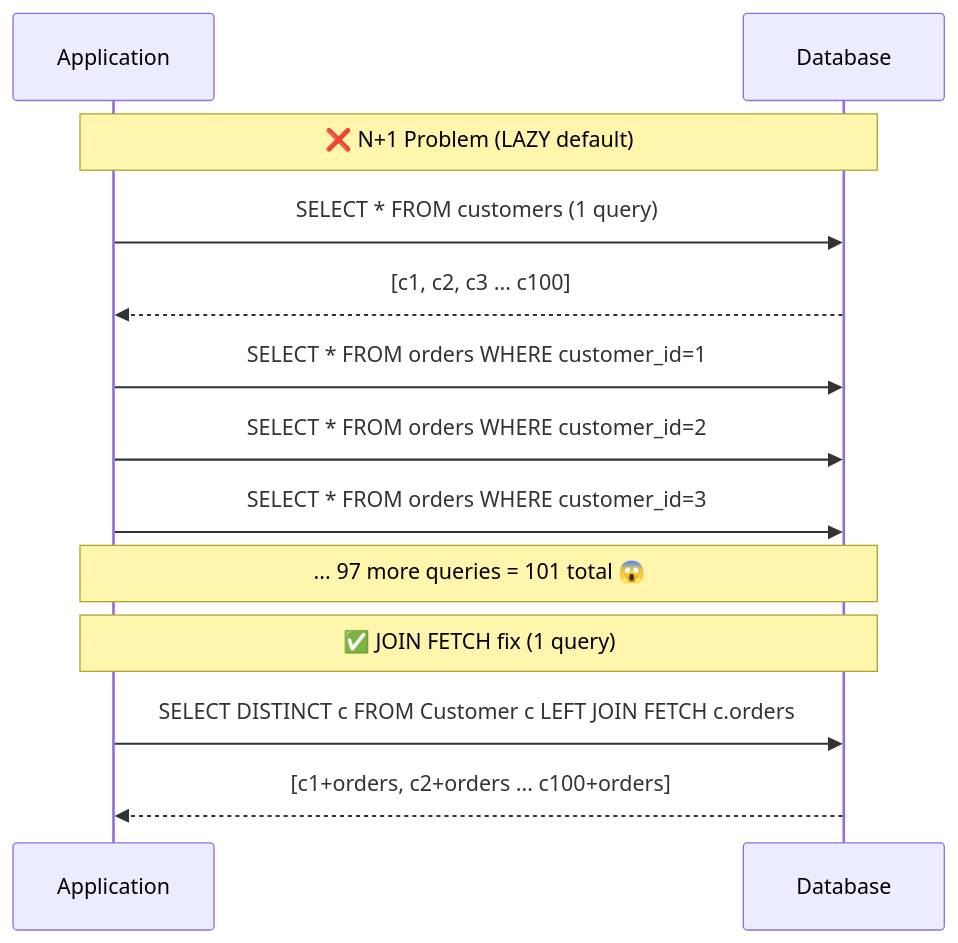
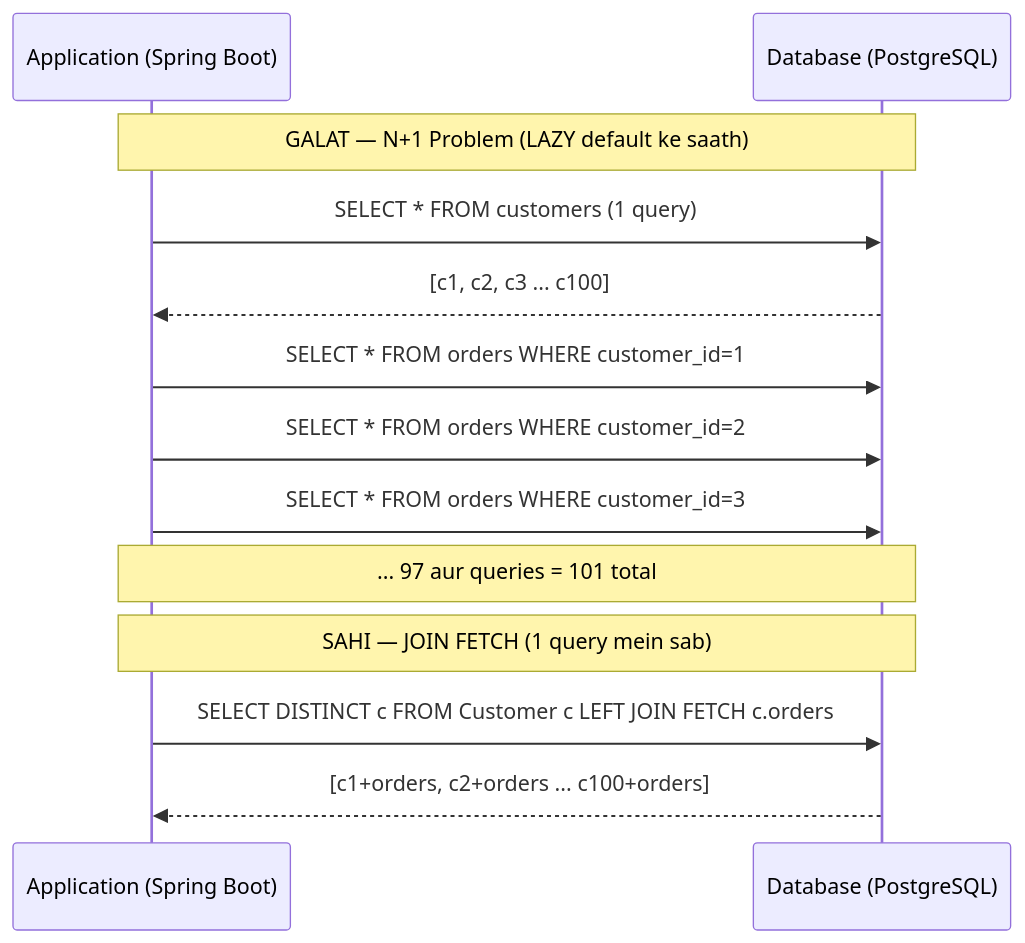
The diagram in springboot/07-Data-JPA/06-N-Plus-One-and-Fetching.md (Siddesh-Pansare93/dev-notes), drawn with Mermaid before and after one commit. The commit also changed other lines of this file and 248 other files, not shown here.

````diff
--- a/springboot/07-Data-JPA/06-N-Plus-One-and-Fetching.md
+++ b/springboot/07-Data-JPA/06-N-Plus-One-and-Fetching.md
@@ -21,17 +60,17 @@
 ```mermaid
 sequenceDiagram
-    participant App as Application
-    participant DB as Database
+    participant App as Application (Spring Boot)
+    participant DB as Database (PostgreSQL)
 
-    Note over App,DB: ❌ N+1 Problem (LAZY default)
+    Note over App,DB: GALAT — N+1 Problem (LAZY default ke saath)
     App->>DB: SELECT * FROM customers  (1 query)
     DB-->>App: [c1, c2, c3 ... c100]
     App->>DB: SELECT * FROM orders WHERE customer_id=1
     App->>DB: SELECT * FROM orders WHERE customer_id=2
     App->>DB: SELECT * FROM orders WHERE customer_id=3
-    Note over App,DB: ... 97 more queries = 101 total 😱
+    Note over App,DB: ... 97 aur queries = 101 total
 
-    Note over App,DB: ✅ JOIN FETCH fix (1 query)
+    Note over App,DB: SAHI — JOIN FETCH (1 query mein sab)
     App->>DB: SELECT DISTINCT c FROM Customer c LEFT JOIN FETCH c.orders
     DB-->>App: [c1+orders, c2+orders ... c100+orders]
 ```
````
